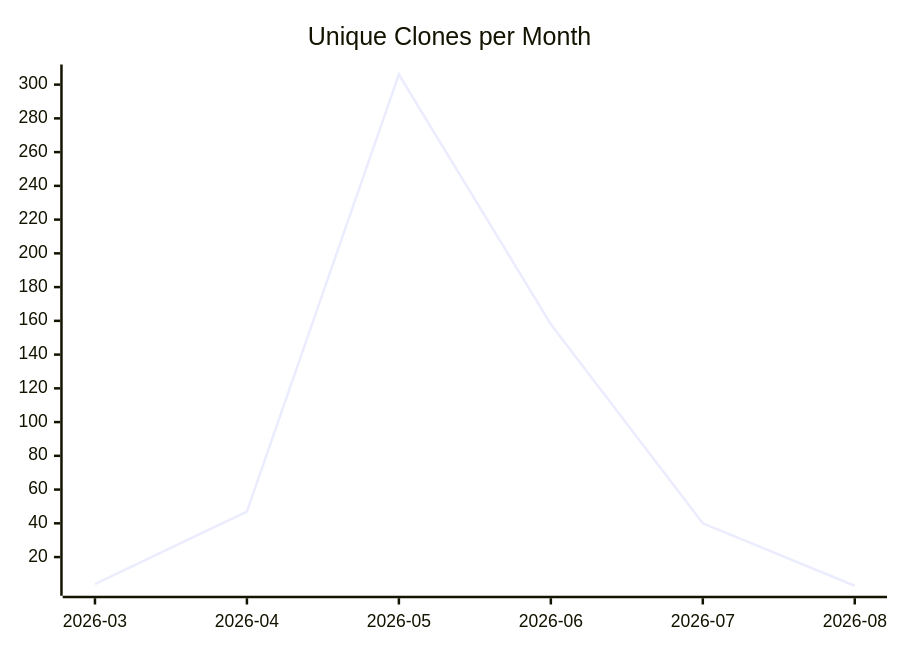
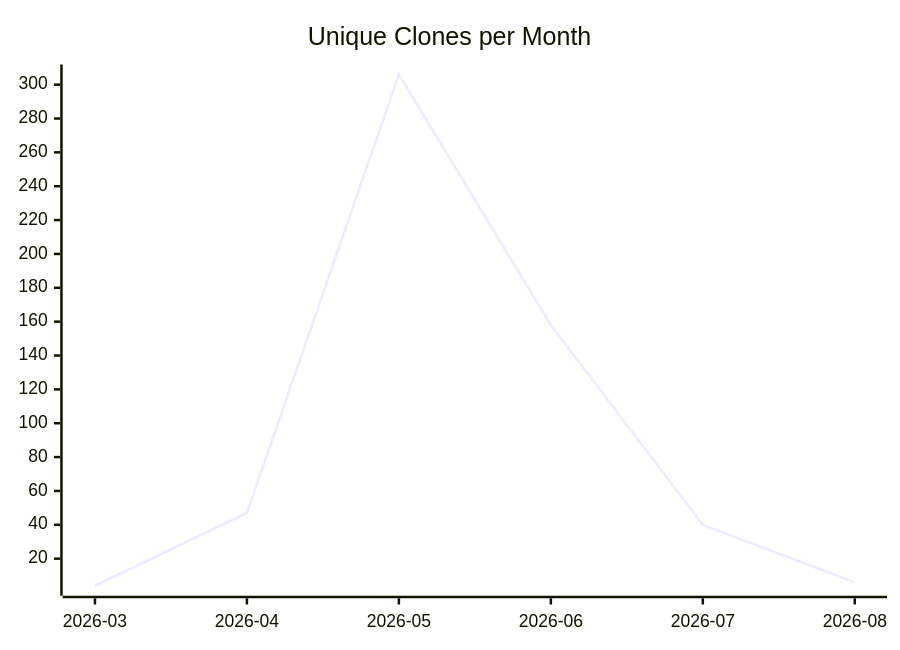
The third of 3 diagrams in karlmdavis/dotfiles/README.md (justdavis-family/github-analytics-data), drawn with Mermaid before and after one commit. The commit also changed other lines of this file and 180 other files, not shown here.

````diff
--- a/karlmdavis/dotfiles/README.md
+++ b/karlmdavis/dotfiles/README.md
@@ -19,6 +19,6 @@
 ```mermaid
 xychart-beta
   title "Unique Clones per Month"
   x-axis ["2026-03", "2026-04", "2026-05", "2026-06", "2026-07", "2026-08"]
-  line [4, 47, 306, 158, 40, 3]
+  line [4, 47, 306, 158, 40, 6]
 ```
````
